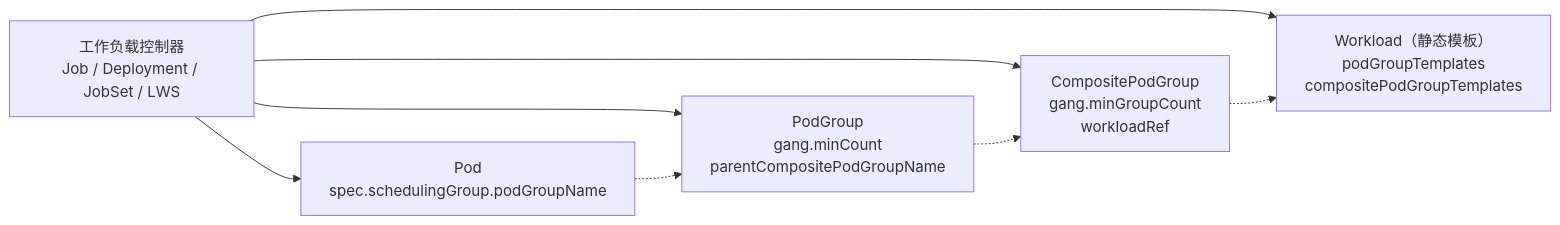
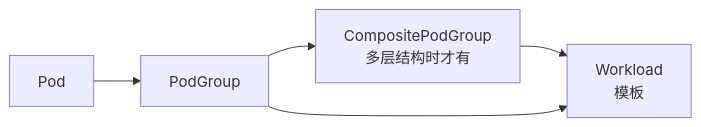
Before and after one commit to JesseStutler/volcano: the first of 13 diagrams in docs/research/k8s-workload-aware-scheduling-vs-volcano-cn.md, drawn with Mermaid. The commit also changed other lines of this file and 1 other file, not shown here.

First line of the commit message:
docs: rewrite the upstream PodGroup comparison for readability

````diff
--- a/docs/research/k8s-workload-aware-scheduling-vs-volcano-cn.md
+++ b/docs/research/k8s-workload-aware-scheduling-vs-volcano-cn.md
@@ -79,16 +91,12 @@
 ```mermaid
 flowchart LR
-    Ctrl["工作负载控制器<br/>Job / Deployment / JobSet / LWS"]
-    W["Workload（静态模板）<br/>podGroupTemplates<br/>compositePodGroupTemplates"]
-    CPG["CompositePodGroup<br/>gang.minGroupCount<br/>workloadRef"]
-    PG["PodGroup<br/>gang.minCount<br/>parentCompositePodGroupName"]
-    Pod["Pod<br/>spec.schedulingGroup.podGroupName"]
+    Pod["Pod"]
+    PG["PodGroup"]
+    CPG["CompositePodGroup<br/>多层结构时才有"]
+    W["Workload<br/>模板"]
 
-    Ctrl --> W
-    Ctrl --> CPG
-    Ctrl --> PG
-    Ctrl --> Pod
-    Pod -.-> PG
-    PG -.-> CPG
-    CPG -.-> W
+    Pod --> PG
+    PG --> CPG
+    CPG --> W
+    PG --> W
 ```
````
